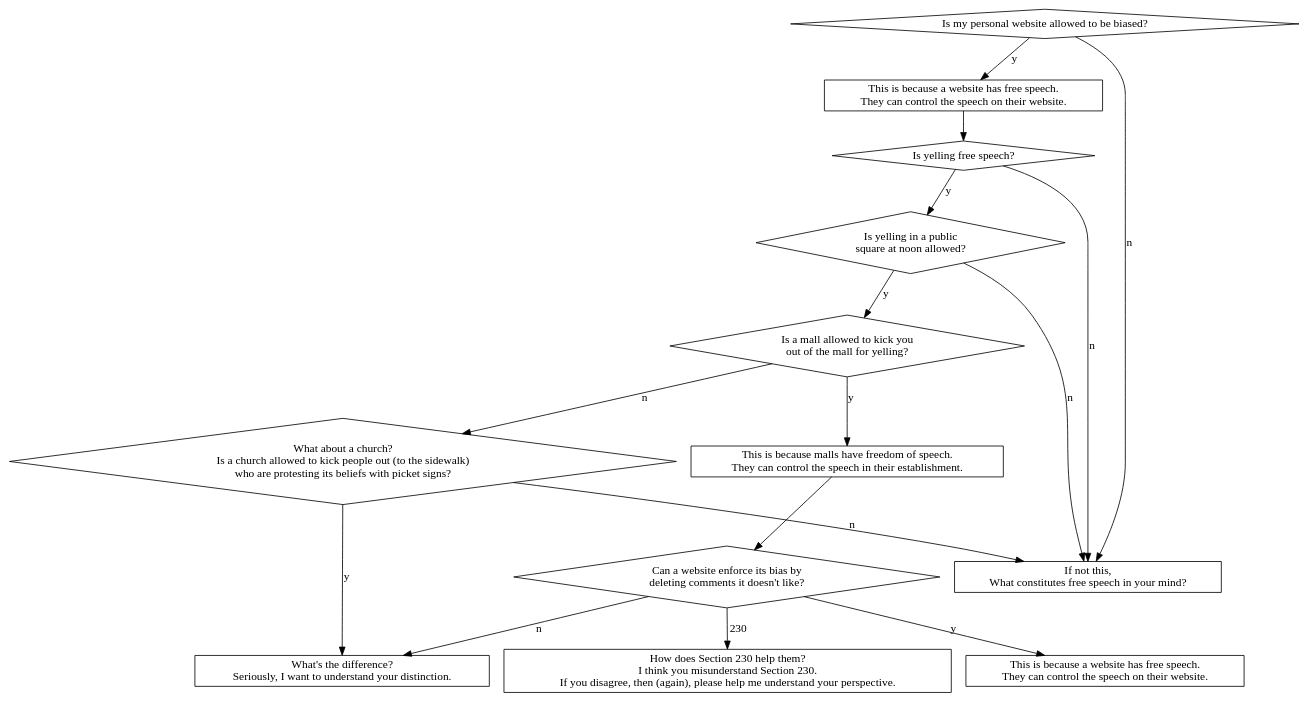
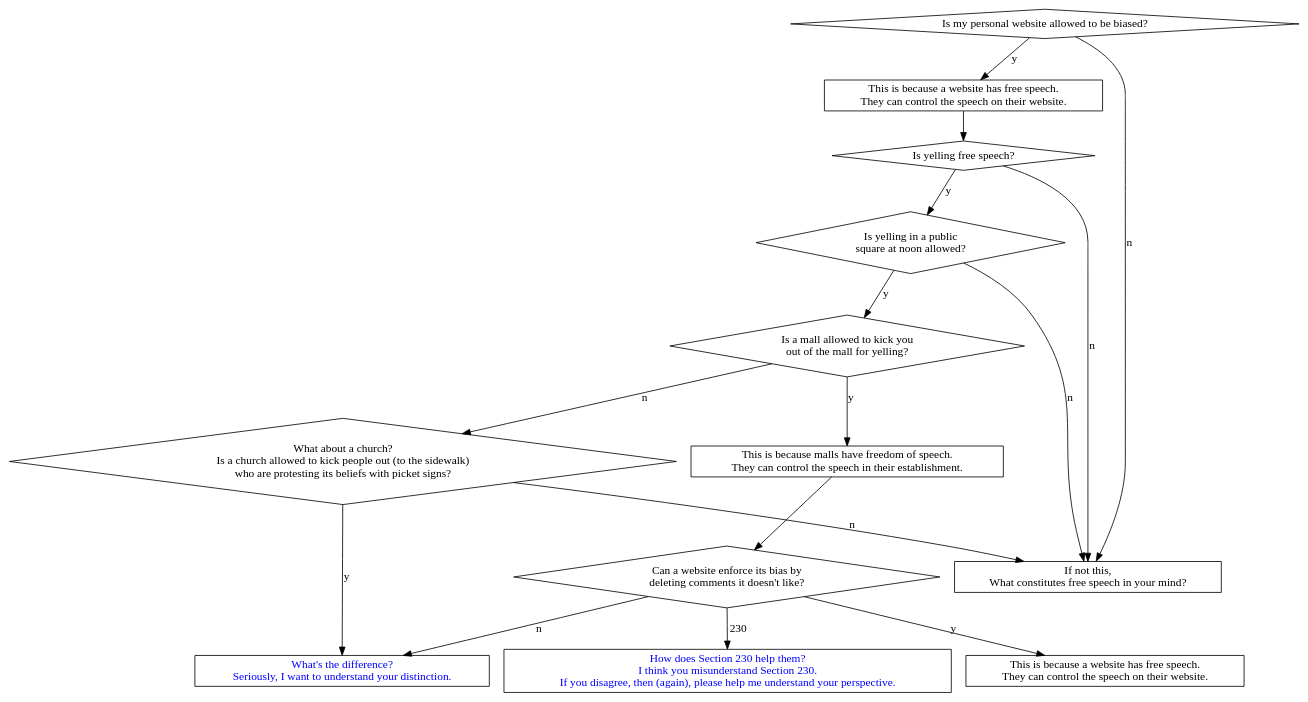
The diagram in speech.dot (mckaysalisbury/politics), drawn with Graphviz before and after one commit.

```diff
--- a/speech.dot
+++ b/speech.dot
@@ -1,37 +1,37 @@
 digraph speech {
   node [shape=diamond]
   websiteBias [label="Is my personal website allowed to be biased?"]
   websiteBias -> websiteSpeech1 [label="y"]
   websiteSpeech1,websiteSpeech2 [label="This is because a website has free speech.\nThey can control the speech on their website." shape="rectangle"]
   websiteSpeech1 -> yell
   yell [label="Is yelling free speech?"]
   yell -> square [label="y"]
   square [label="Is yelling in a public\nsquare at noon allowed?"]
   square -> mall [label="y"]
   mall [label="Is a mall allowed to kick you\nout of the mall for yelling?"]
   mall -> mallSpeech [label="y"]
   mallSpeech [label="This is because malls have freedom of speech.\nThey can control the speech in their establishment." shape=rectangle]
   mallSpeech -> websiteEnforce
 
   websiteEnforce [label="Can a website enforce its bias by\ndeleting comments it doesn't like?"]
   websiteEnforce -> websiteSpeech2 [label="y"]
   websiteEnforce -> difference [label="n"]
 
 
   mall -> church [label="n"]
   church [label="What about a church?\nIs a church allowed to kick people out (to the sidewalk)\nwho are protesting its beliefs with picket signs?"]
   church -> difference [label="y"]
   church -> whatIsFreeSpeech [label="n"]
-  difference [label="What's the difference?\nSeriously, I want to understand your distinction." shape="rectangle" href="https://blog.mckaysalisbury.com/2021/01/freedom-of-speech.html" target="_blank"]
+  difference [label="What's the difference?\nSeriously, I want to understand your distinction." shape="rectangle" fontcolor=blue href="https://blog.mckaysalisbury.com/2021/01/freedom-of-speech.html" target="_blank"]
 
   websiteBias, yell, square -> whatIsFreeSpeech [label="n"]
   whatIsFreeSpeech [label="If not this,\nWhat constitutes free speech in your mind?" shape=rectangle]
   
   websiteEnforce -> 230 [label="230"]
-  230 [label="How does Section 230 help them?\nI think you misunderstand Section 230.\nIf you disagree, then (again), please help me understand your perspective." shape=rectangle href="https://www.techdirt.com/articles/20200531/23325444617/hello-youve-been-referred-here-because-youre-wrong-about-section-230-communications-decency-act.shtml"]
+  230 [label="How does Section 230 help them?\nI think you misunderstand Section 230.\nIf you disagree, then (again), please help me understand your perspective." shape=rectangle fontcolor=blue href="https://www.techdirt.com/articles/20200531/23325444617/hello-youve-been-referred-here-because-youre-wrong-about-section-230-communications-decency-act.shtml"]
 
 
 
   # home [label="Am I able to control the content that enters my home?"]
 
 }
```
